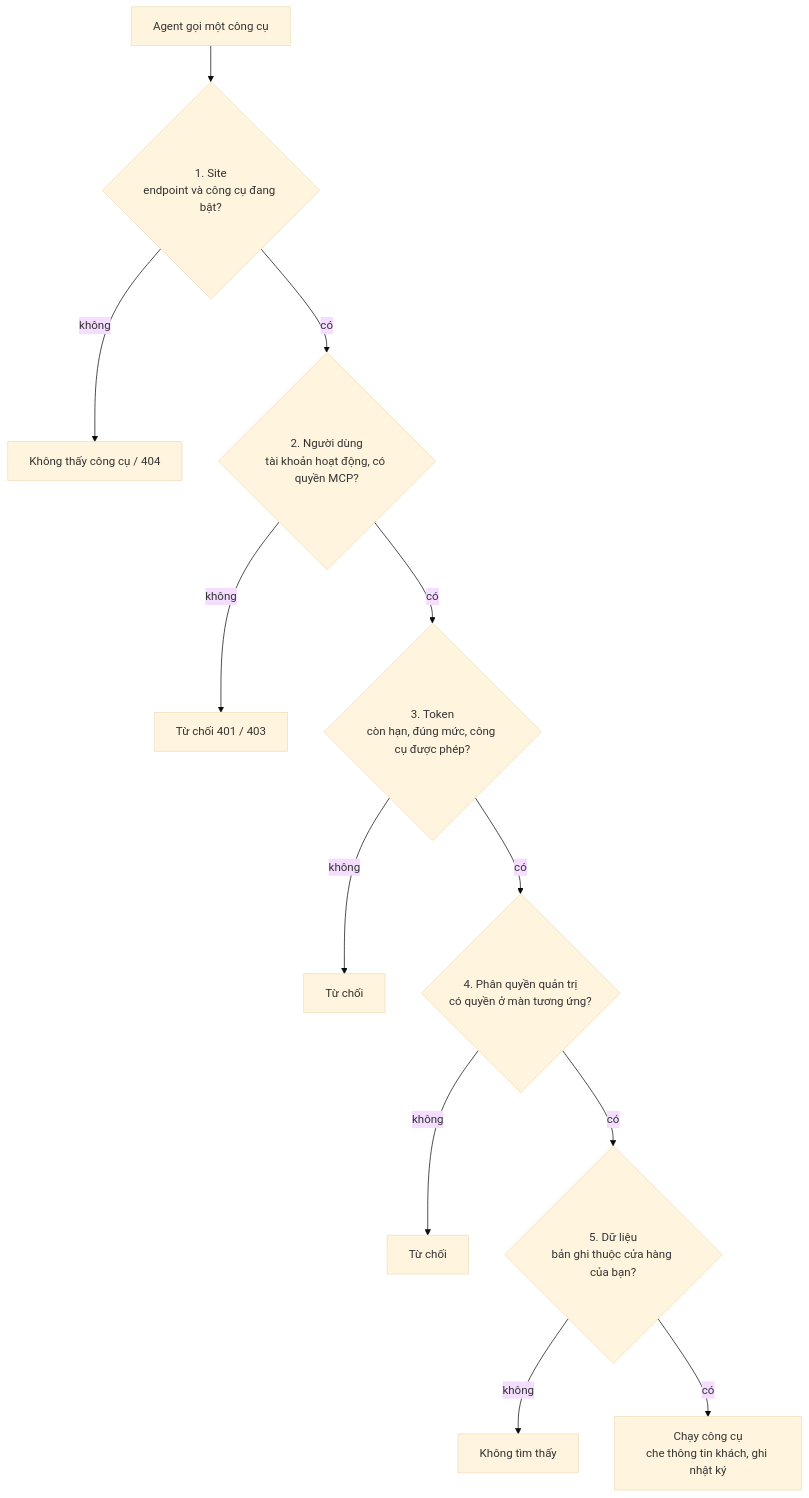
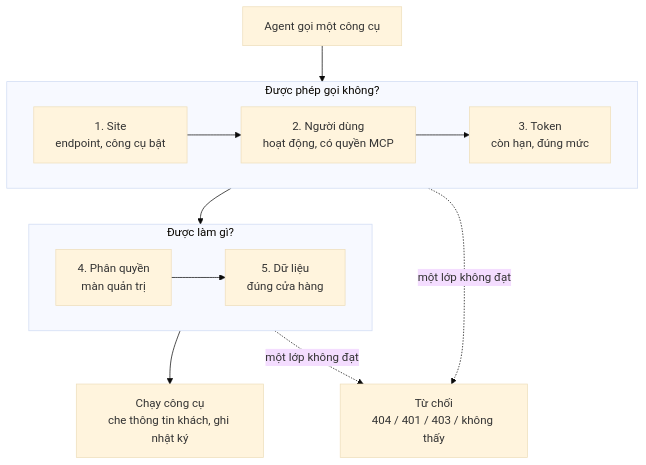
The first of 2 diagrams in mcp/mcp-security_vi.md (gp247net/gp247-docs), drawn with Mermaid (base theme) before and after one commit. The commit also changed 44 other files, not shown here.

First line of the commit message:
docs: redraw oversized diagrams in security, API and MCP docs (vi/en/ja)

````diff
--- a/mcp/mcp-security_vi.md
+++ b/mcp/mcp-security_vi.md
@@ -15,14 +15,15 @@
 ```mermaid
-flowchart TD
-    R["Agent gọi một công cụ"] --> L1{"1. Site<br/>endpoint và công cụ đang bật?"}
-    L1 -->|"không"| X1["Không thấy công cụ / 404"]
-    L1 -->|"có"| L2{"2. Người dùng<br/>tài khoản hoạt động, có quyền MCP?"}
-    L2 -->|"không"| X2["Từ chối 401 / 403"]
-    L2 -->|"có"| L3{"3. Token<br/>còn hạn, đúng mức, công cụ được phép?"}
-    L3 -->|"không"| X3["Từ chối"]
-    L3 -->|"có"| L4{"4. Phân quyền quản trị<br/>có quyền ở màn tương ứng?"}
-    L4 -->|"không"| X4["Từ chối"]
-    L4 -->|"có"| L5{"5. Dữ liệu<br/>bản ghi thuộc cửa hàng của bạn?"}
-    L5 -->|"không"| X5["Không tìm thấy"]
-    L5 -->|"có"| OK["Chạy công cụ<br/>che thông tin khách, ghi nhật ký"]
+flowchart TB
+    R["Agent gọi một công cụ"] --> S1
+    subgraph S1["Được phép gọi không?"]
+        direction LR
+        L1["1. Site<br/>endpoint, công cụ bật"] --> L2["2. Người dùng<br/>hoạt động, có quyền MCP"] --> L3["3. Token<br/>còn hạn, đúng mức"]
+    end
+    subgraph S2["Được làm gì?"]
+        direction LR
+        L4["4. Phân quyền<br/>màn quản trị"] --> L5["5. Dữ liệu<br/>đúng cửa hàng"]
+    end
+    S1 --> S2 --> OK["Chạy công cụ<br/>che thông tin khách, ghi nhật ký"]
+    S1 -.->|"một lớp không đạt"| X["Từ chối<br/>404 / 401 / 403 / không thấy"]
+    S2 -.->|"một lớp không đạt"| X
 ```
````
